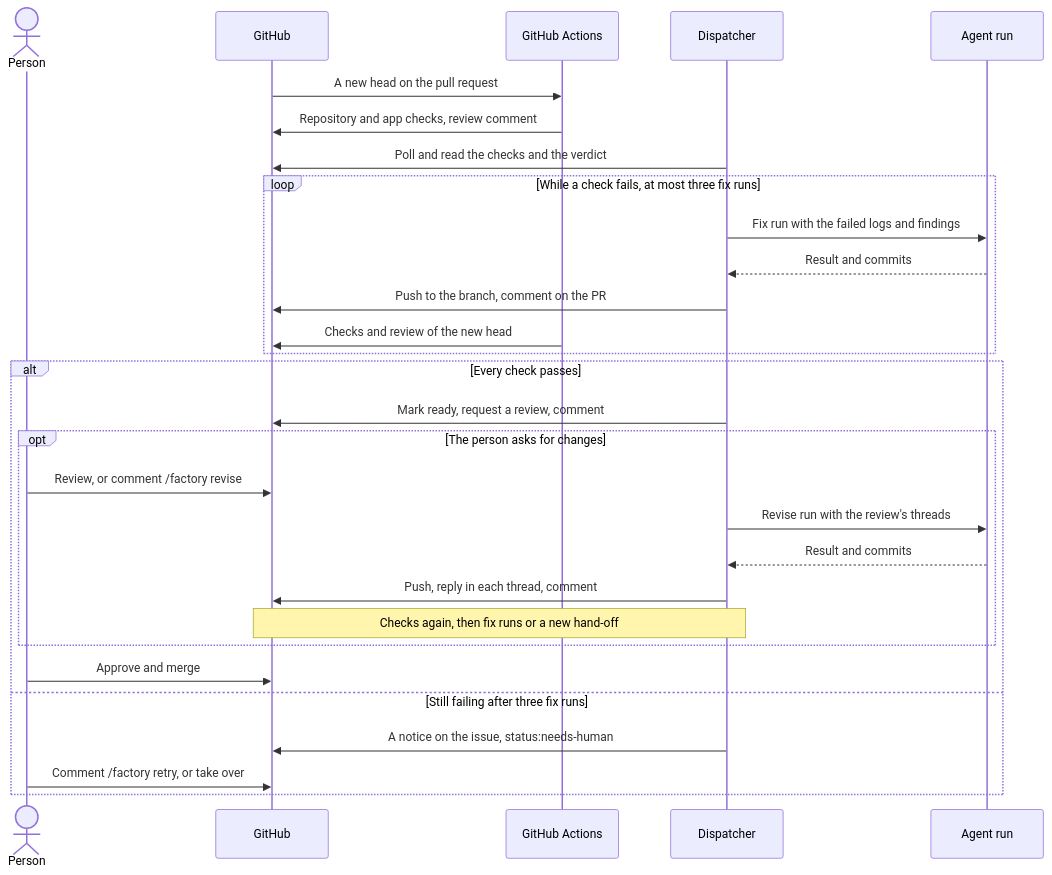
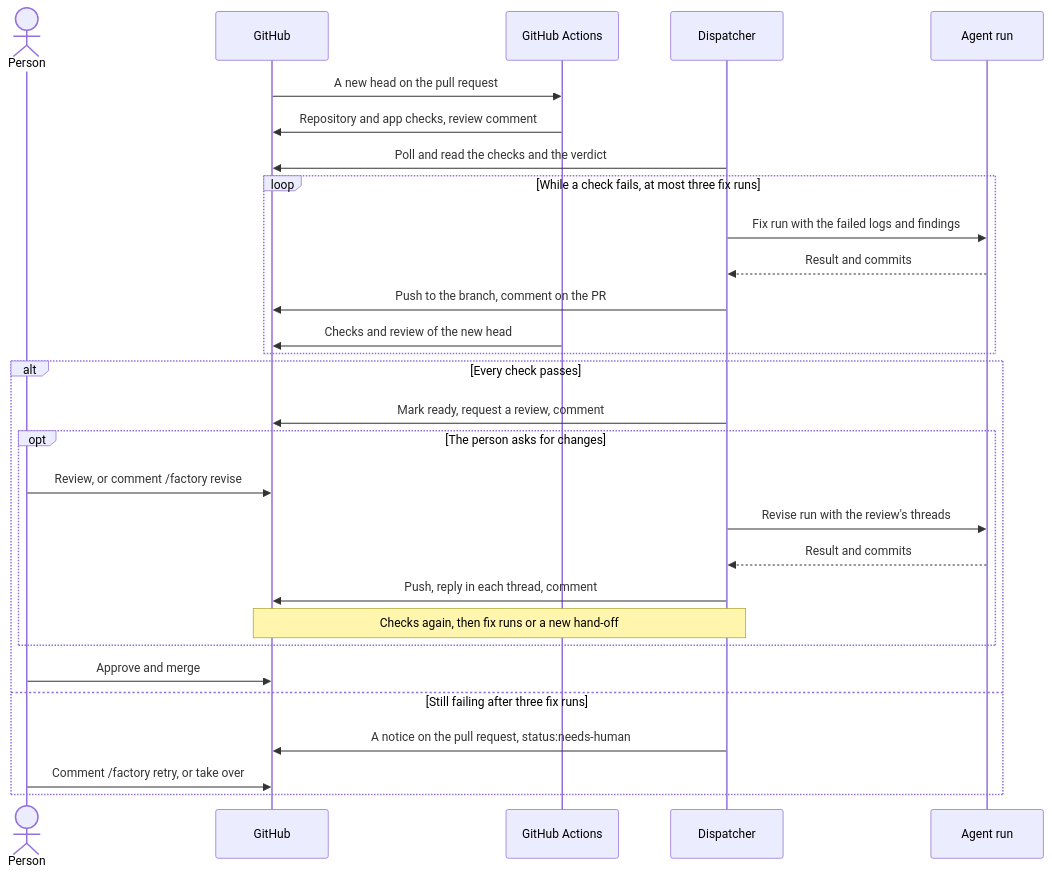
Before and after one commit to Marfusios/ai-apps: the third of 4 diagrams in README.md, drawn with Mermaid. The commit also changed 5 other files, not shown here.

Commit message:
Post the fix-rounds-exhausted notice on the open pull request and decide whether a notice is already the last thing said from the issue's and the pull request's comments together, so a second notice after a retry is no longer swallowed

````diff
--- a/README.md
+++ b/README.md
@@ -165,31 +165,31 @@
 ```mermaid
 sequenceDiagram
     actor P as Person
     participant G as GitHub
     participant W as GitHub Actions
     participant D as Dispatcher
     participant A as Agent run
     G->>W: A new head on the pull request
     W->>G: Repository and app checks, review comment
     D->>G: Poll and read the checks and the verdict
     loop While a check fails, at most three fix runs
         D->>A: Fix run with the failed logs and findings
         A-->>D: Result and commits
         D->>G: Push to the branch, comment on the PR
         W->>G: Checks and review of the new head
     end
     alt Every check passes
         D->>G: Mark ready, request a review, comment
         opt The person asks for changes
             P->>G: Review, or comment /factory revise
             D->>A: Revise run with the review's threads
             A-->>D: Result and commits
             D->>G: Push, reply in each thread, comment
             Note over G,D: Checks again, then fix runs or a new hand-off
         end
         P->>G: Approve and merge
     else Still failing after three fix runs
-        D->>G: A notice on the issue, status:needs-human
+        D->>G: A notice on the pull request, status:needs-human
         P->>G: Comment /factory retry, or take over
     end
 ```
````
